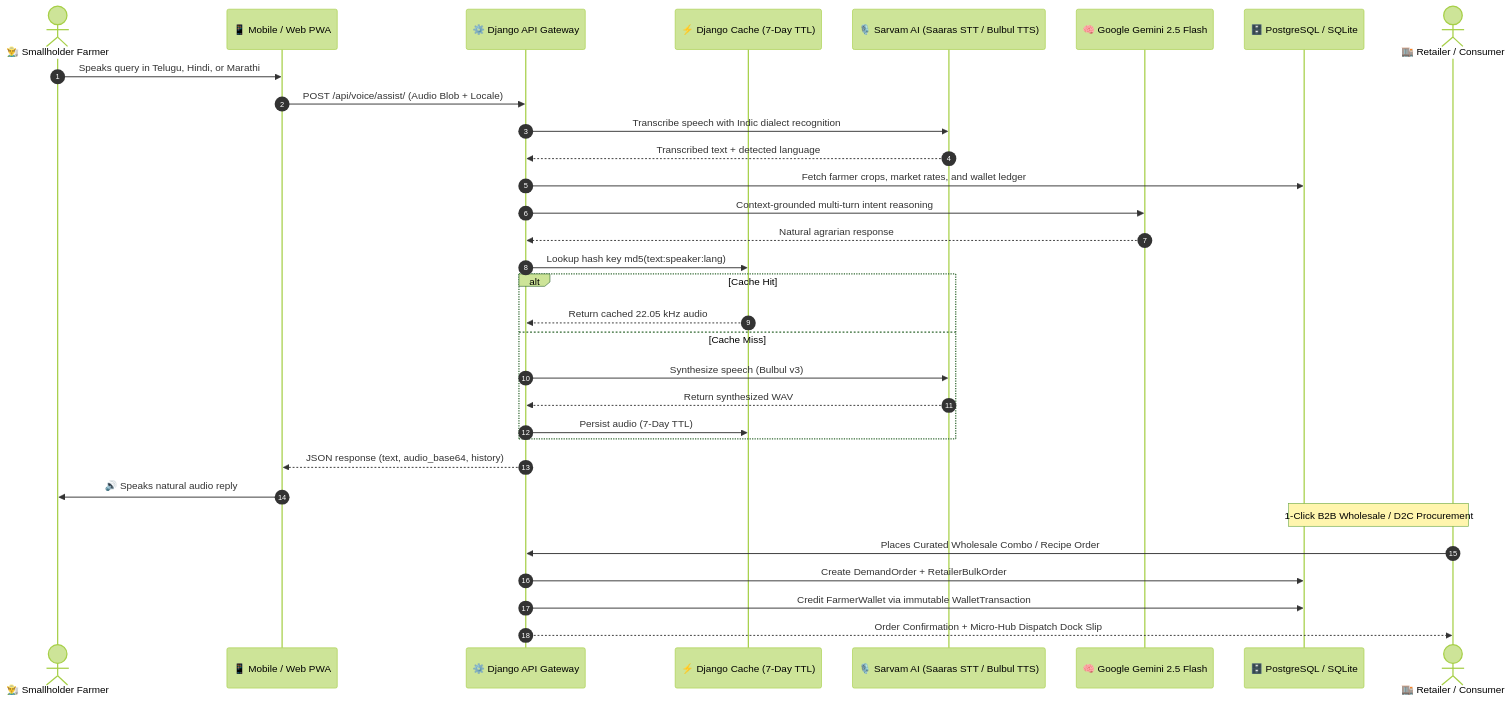
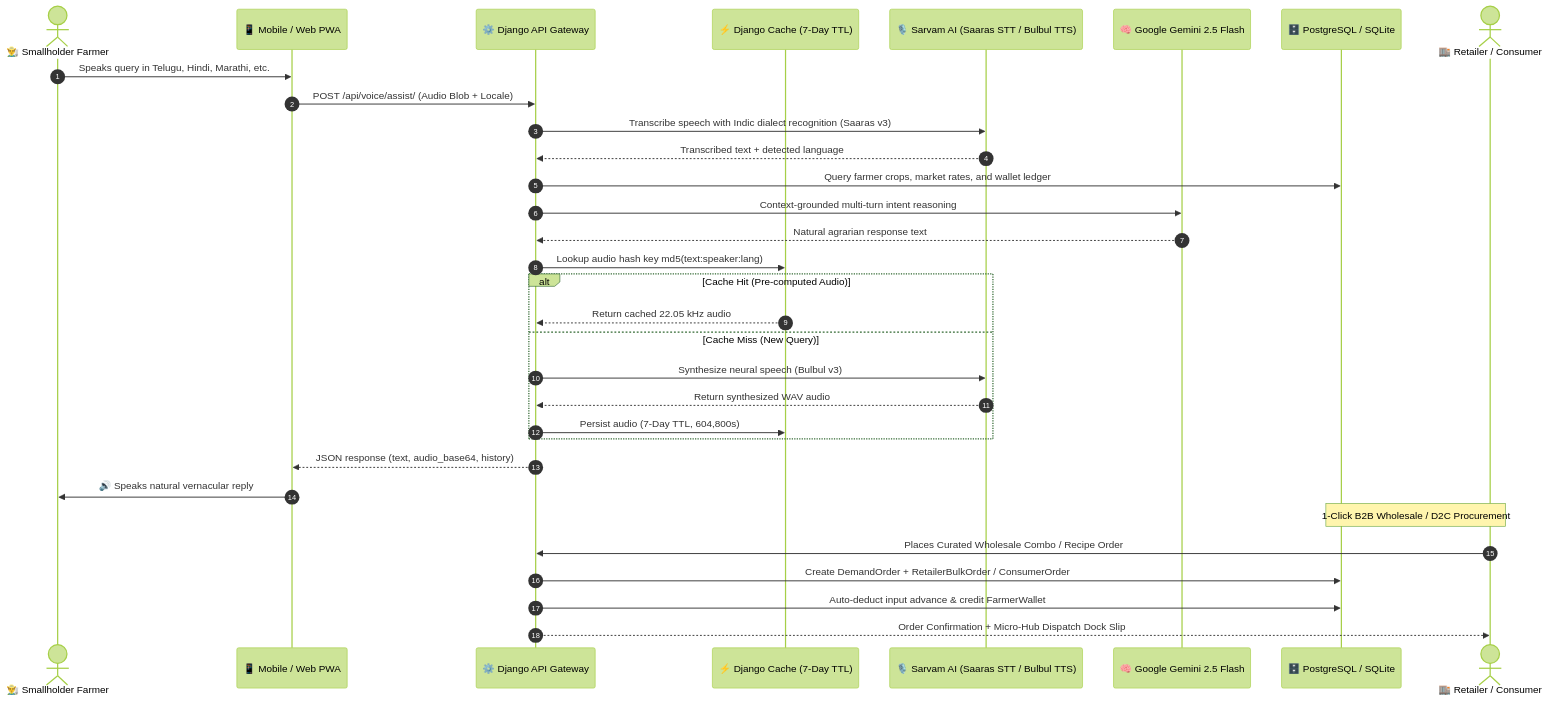
One commit to ysathyasai/Khet2Kitchen changed the first of 2 diagrams in README.md. Above: the diagram before and after it, drawn with Mermaid (forest theme). The commit also changed other lines of this file, not shown here.

Commit message:
docs: Refactor README to match StudyHub style with centered branding, problem statement, team matrix, and dual architecture diagrams

````diff
--- a/README.md
+++ b/README.md
@@ -120,36 +147,36 @@
 ```mermaid
 sequenceDiagram
     autonumber
     actor Farmer as 👨‍🌾 Smallholder Farmer
     participant Browser as 📱 Mobile / Web PWA
     participant Django as ⚙️ Django API Gateway
     participant Cache as ⚡ Django Cache (7-Day TTL)
     participant SarvamAI as 🎙️ Sarvam AI (Saaras STT / Bulbul TTS)
     participant Gemini as 🧠 Google Gemini 2.5 Flash
     participant DB as 🗄️ PostgreSQL / SQLite
     actor Buyer as 🏬 Retailer / Consumer
 
-    Farmer->>Browser: Speaks query in Telugu, Hindi, or Marathi
+    Farmer->>Browser: Speaks query in Telugu, Hindi, Marathi, etc.
     Browser->>Django: POST /api/voice/assist/ (Audio Blob + Locale)
-    Django->>SarvamAI: Transcribe speech with Indic dialect recognition
+    Django->>SarvamAI: Transcribe speech with Indic dialect recognition (Saaras v3)
     SarvamAI-->>Django: Transcribed text + detected language
-    Django->>DB: Fetch farmer crops, market rates, and wallet ledger
+    Django->>DB: Query farmer crops, market rates, and wallet ledger
     Django->>Gemini: Context-grounded multi-turn intent reasoning
-    Gemini-->>Django: Natural agrarian response
-    Django->>Cache: Lookup hash key md5(text:speaker:lang)
-    alt Cache Hit
+    Gemini-->>Django: Natural agrarian response text
+    Django->>Cache: Lookup audio hash key md5(text:speaker:lang)
+    alt Cache Hit (Pre-computed Audio)
         Cache-->>Django: Return cached 22.05 kHz audio
-    else Cache Miss
-        Django->>SarvamAI: Synthesize speech (Bulbul v3)
-        SarvamAI-->>Django: Return synthesized WAV
-        Django->>Cache: Persist audio (7-Day TTL)
+    else Cache Miss (New Query)
+        Django->>SarvamAI: Synthesize neural speech (Bulbul v3)
+        SarvamAI-->>Django: Return synthesized WAV audio
+        Django->>Cache: Persist audio (7-Day TTL, 604,800s)
     end
     Django-->>Browser: JSON response (text, audio_base64, history)
-    Browser->>Farmer: 🔊 Speaks natural audio reply
+    Browser->>Farmer: 🔊 Speaks natural vernacular reply
 
     Note over Buyer, DB: 1-Click B2B Wholesale / D2C Procurement
     Buyer->>Django: Places Curated Wholesale Combo / Recipe Order
-    Django->>DB: Create DemandOrder + RetailerBulkOrder
-    Django->>DB: Credit FarmerWallet via immutable WalletTransaction
+    Django->>DB: Create DemandOrder + RetailerBulkOrder / ConsumerOrder
+    Django->>DB: Auto-deduct input advance & credit FarmerWallet
     Django-->>Buyer: Order Confirmation + Micro-Hub Dispatch Dock Slip
 ```
````
